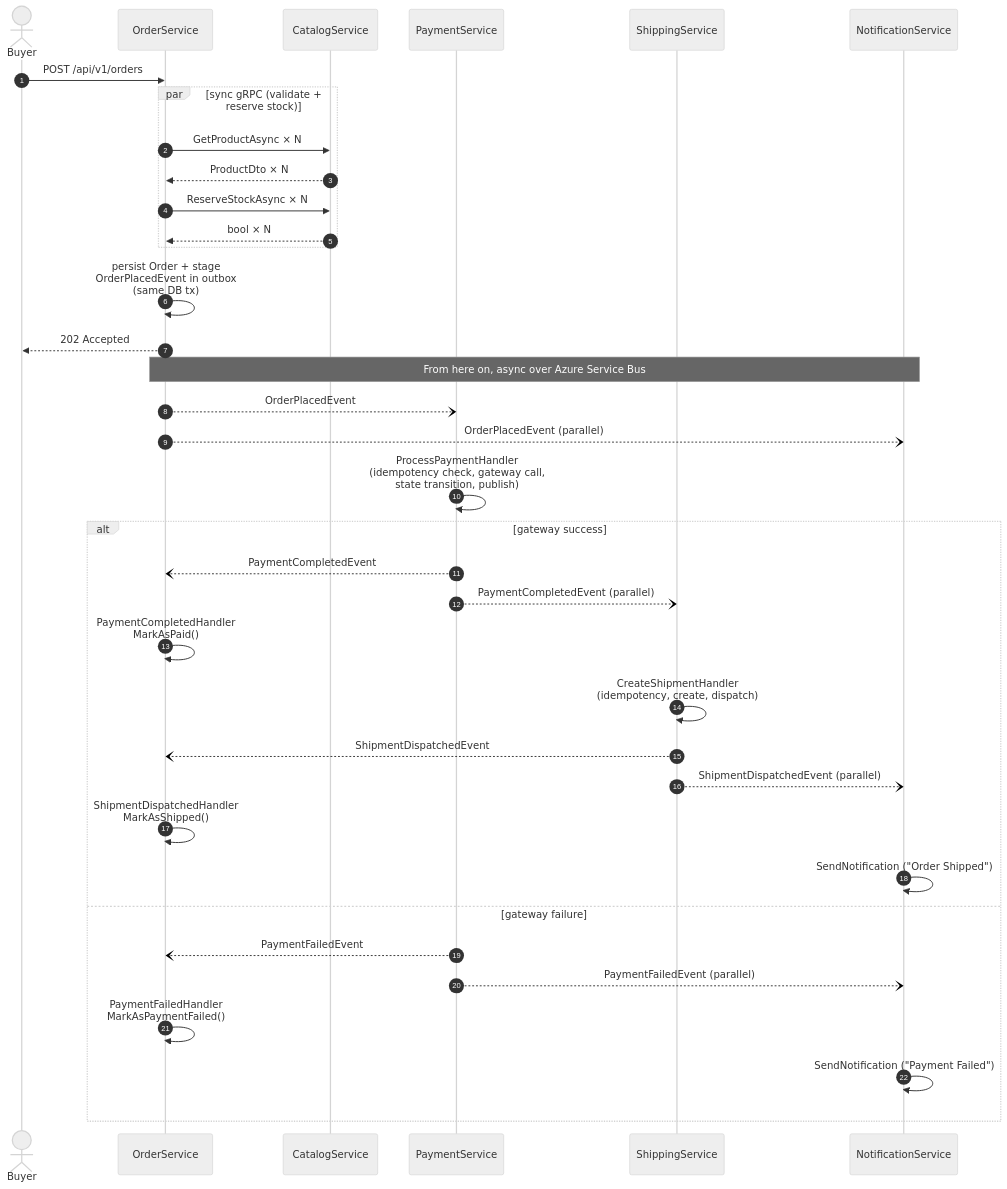
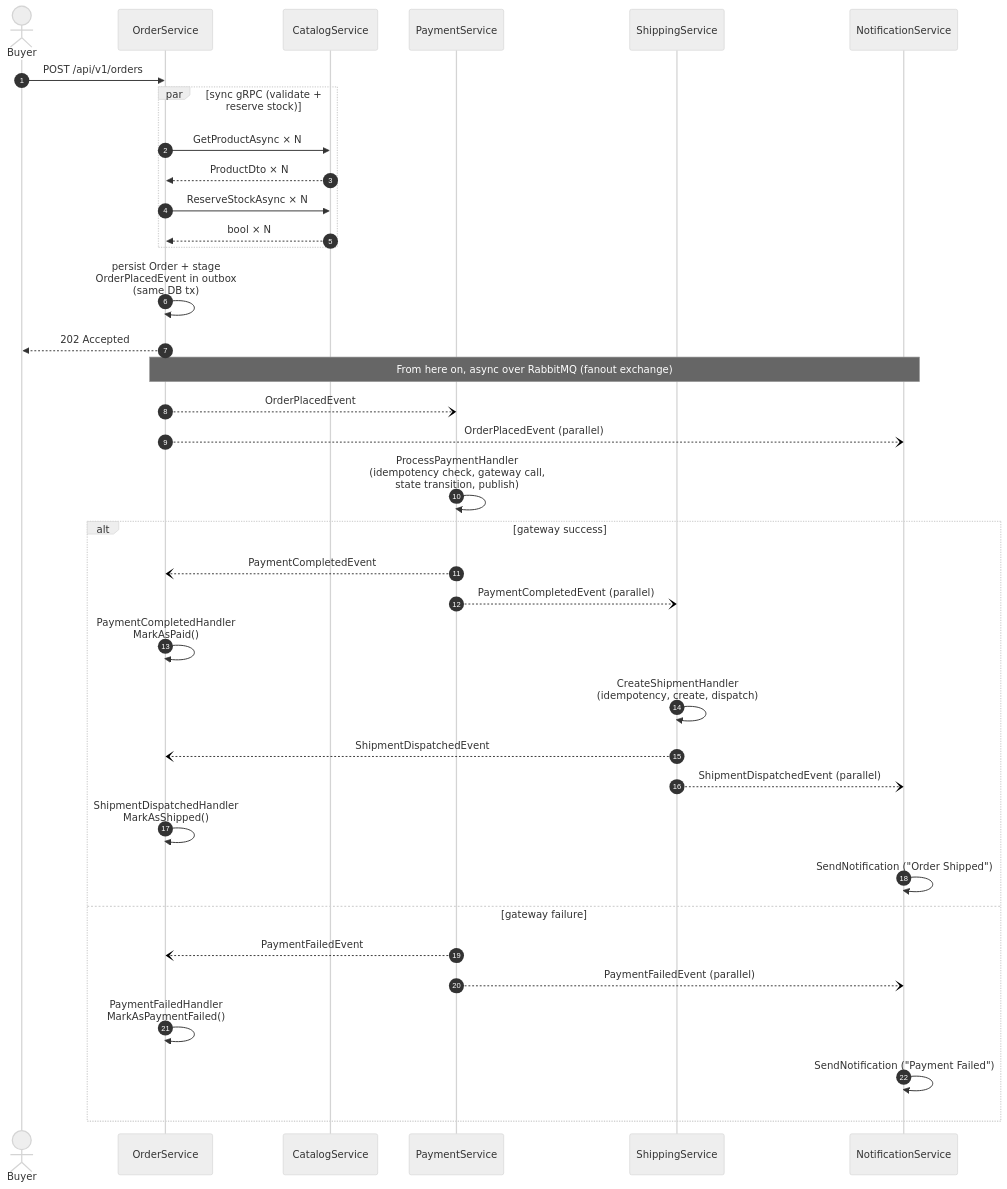
One commit to emeraldleaf/NextAurora changed the diagram in docs/code-flows.md. Above: the diagram before and after it, drawn with Mermaid (neutral theme). The commit also changed other lines of this file and 55 other files, not shown here.

````diff
--- a/docs/code-flows.md
+++ b/docs/code-flows.md
@@ -31,45 +31,45 @@
 ```mermaid
 sequenceDiagram
     autonumber
     actor Buyer
     participant Order as OrderService
     participant Cat as CatalogService
     participant Pay as PaymentService
     participant Ship as ShippingService
     participant Notif as NotificationService
 
     Buyer->>Order: POST /api/v1/orders
     par sync gRPC (validate + reserve stock)
         Order->>Cat: GetProductAsync × N
         Cat-->>Order: ProductDto × N
         Order->>Cat: ReserveStockAsync × N
         Cat-->>Order: bool × N
     end
 
     Order->>Order: persist Order + stage<br/>OrderPlacedEvent in outbox<br/>(same DB tx)
     Order-->>Buyer: 202 Accepted
 
-    Note over Order,Notif: From here on, async over Azure Service Bus
+    Note over Order,Notif: From here on, async over RabbitMQ (fanout exchange)
     Order--)Pay: OrderPlacedEvent
     Order--)Notif: OrderPlacedEvent (parallel)
 
     Pay->>Pay: ProcessPaymentHandler<br/>(idempotency check, gateway call,<br/>state transition, publish)
 
     alt gateway success
         Pay--)Order: PaymentCompletedEvent
         Pay--)Ship: PaymentCompletedEvent (parallel)
         Order->>Order: PaymentCompletedHandler<br/>MarkAsPaid()
 
         Ship->>Ship: CreateShipmentHandler<br/>(idempotency, create, dispatch)
         Ship--)Order: ShipmentDispatchedEvent
         Ship--)Notif: ShipmentDispatchedEvent (parallel)
         Order->>Order: ShipmentDispatchedHandler<br/>MarkAsShipped()
 
         Notif->>Notif: SendNotification ("Order Shipped")
     else gateway failure
         Pay--)Order: PaymentFailedEvent
         Pay--)Notif: PaymentFailedEvent (parallel)
         Order->>Order: PaymentFailedHandler<br/>MarkAsPaymentFailed()
         Notif->>Notif: SendNotification ("Payment Failed")
     end
 ```
````
